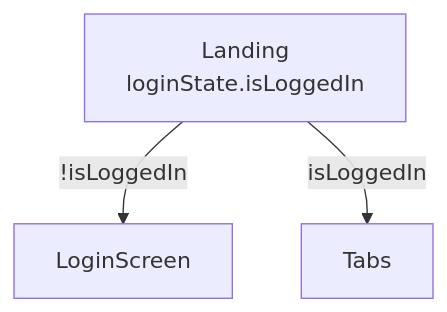
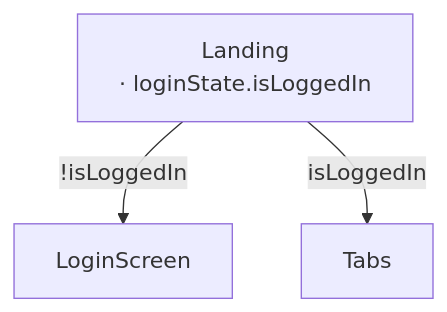
Before and after one commit to sisoje/hypermodular: the first of 2 diagrams in README.md, drawn with Mermaid. The commit also changed other lines of this file and 2 other files, not shown here.

````diff
--- a/README.md
+++ b/README.md
@@ -49,6 +51,6 @@
 ```mermaid
 %% Root: Landing · Parent: App (../APP-MAP.md)
 flowchart TD
-    Landing["Landing<br/>loginState.isLoggedIn"] -->|!isLoggedIn| LoginScreen
+    Landing["Landing<br/>· loginState.isLoggedIn"] -->|!isLoggedIn| LoginScreen
     Landing -->|isLoggedIn| Tabs
 ```
````
